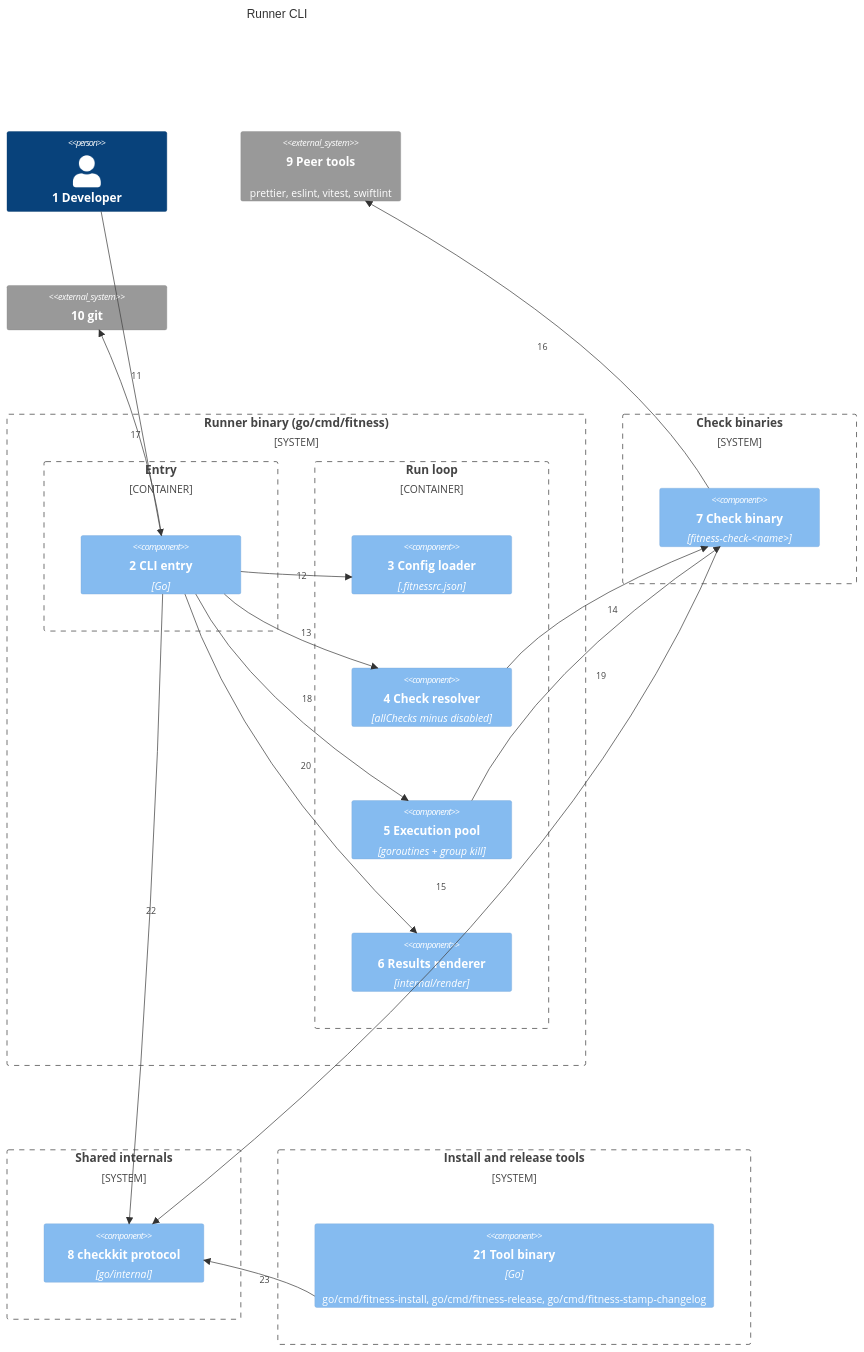
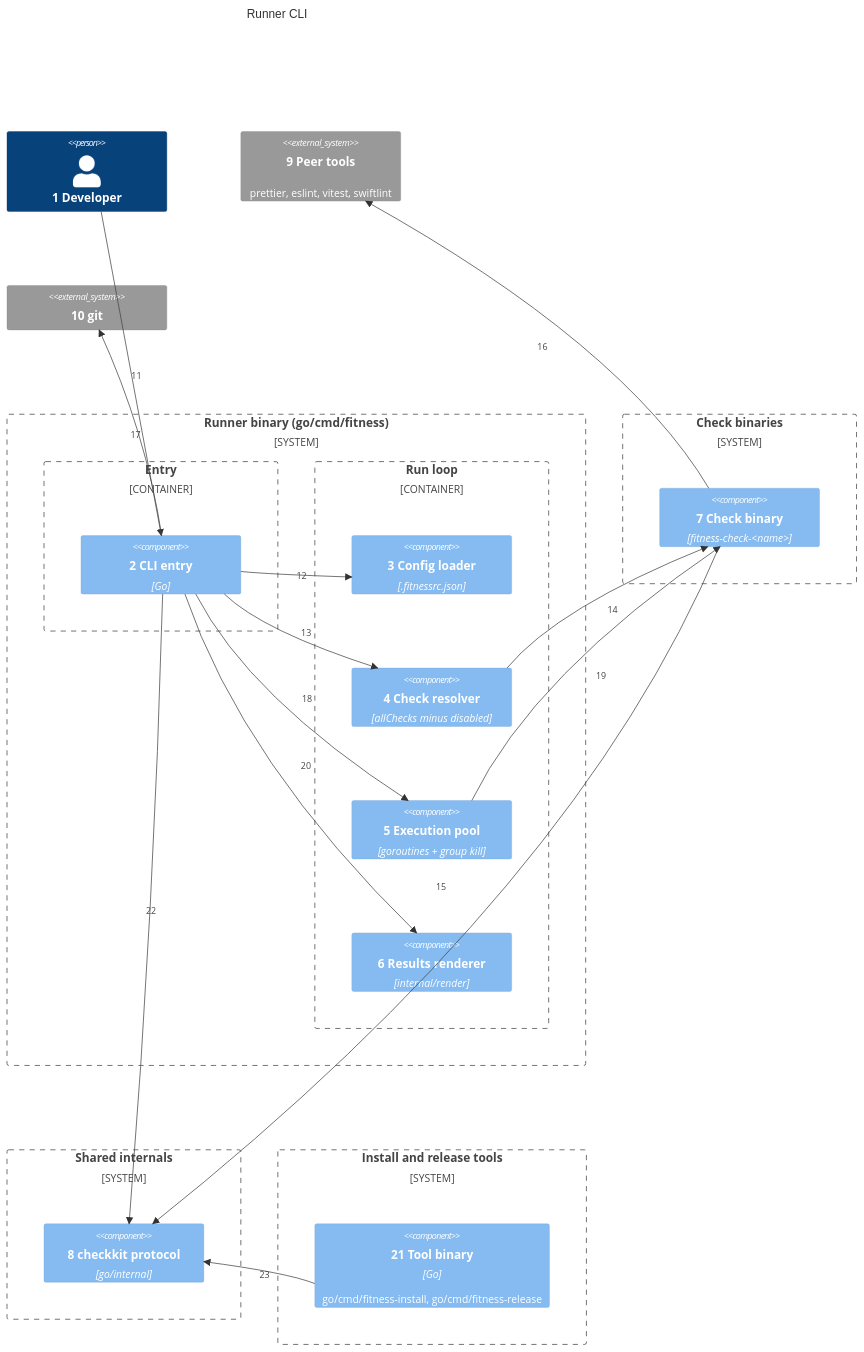
Before and after one commit to may-journal/fitness-runner: the first of 2 diagrams in docs/architecture/03-components.md, drawn with Mermaid. The commit also changed other lines of this file and 22 other files, not shown here.

First line of the commit message:
feat(changelog): drop the changelog stamp hook

````diff
--- a/docs/architecture/03-components.md
+++ b/docs/architecture/03-components.md
@@ -7,46 +7,46 @@
 ```mermaid
 C4Component
     title Runner CLI
 
     Person(developer, "1 Developer")
 
     System_Boundary(cli, "Runner binary (go/cmd/fitness)") {
         Container_Boundary(entry, "Entry") {
             Component(main, "2 CLI entry", "Go")
         }
         Container_Boundary(runner, "Run loop") {
             Component(config, "3 Config loader", ".fitnessrc.json")
             Component(resolve, "4 Check resolver", "allChecks minus disabled")
             Component(execute, "5 Execution pool", "goroutines + group kill")
             Component(output, "6 Results renderer", "internal/render")
         }
     }
 
     System_Boundary(checks, "Check binaries") {
         Component(check, "7 Check binary", "fitness-check-<name>")
     }
 
     System_Boundary(shared, "Shared internals") {
         Component(kit, "8 checkkit protocol", "go/internal")
     }
 
     System_Boundary(tools, "Install and release tools") {
-        Component(tool, "21 Tool binary", "Go", "go/cmd/fitness-install, go/cmd/fitness-release, go/cmd/fitness-stamp-changelog")
+        Component(tool, "21 Tool binary", "Go", "go/cmd/fitness-install, go/cmd/fitness-release")
     }
 
     System_Ext(peers, "9 Peer tools", "prettier, eslint, vitest, swiftlint")
     System_Ext(git, "10 git")
 
     Rel(developer, main, "11")
     Rel(main, config, "12")
     Rel(main, resolve, "13")
     Rel(resolve, check, "14")
     Rel(main, git, "17")
     Rel(main, execute, "18")
     Rel(execute, check, "19")
     Rel(main, output, "20")
     Rel(check, kit, "15")
     Rel(check, peers, "16")
     Rel(main, kit, "22")
     Rel(tool, kit, "23")
 ```
````
